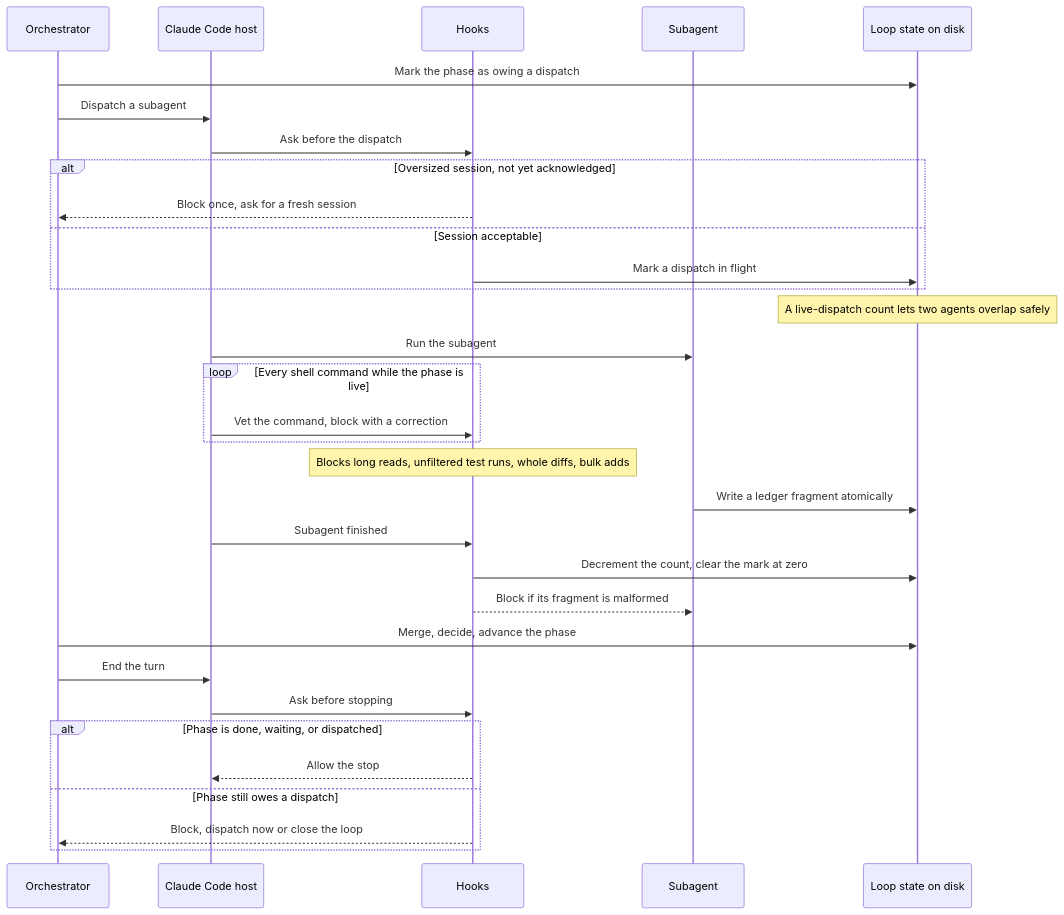
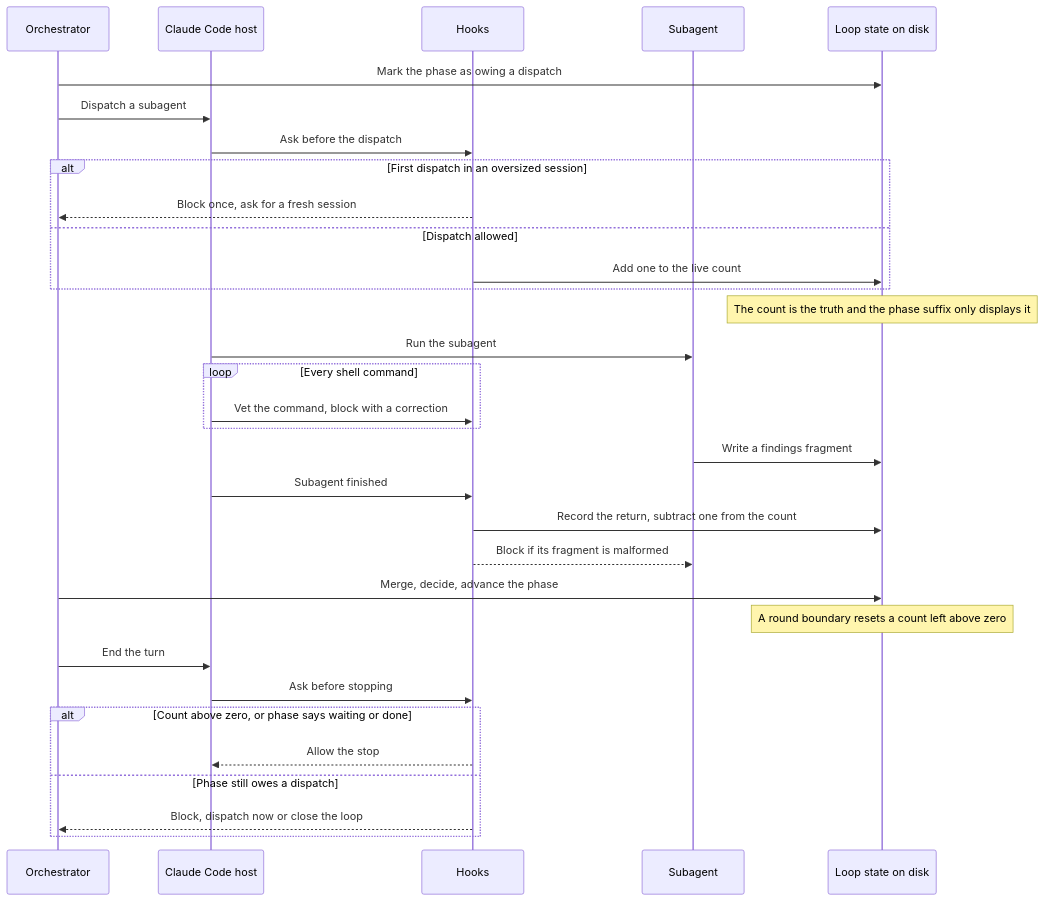
One commit to peterlit/quiller-claude-plugins changed diagram 16 of 18 in docs/architecture/overview.md. Above: the diagram before and after it, drawn with Mermaid. The commit also changed other lines of this file and 5 other files, not shown here.

````diff
--- a/docs/architecture/overview.md
+++ b/docs/architecture/overview.md
@@ -483,35 +1238,35 @@
 ```mermaid
 sequenceDiagram
     participant O as Orchestrator
     participant CC as Claude Code host
     participant HK as Hooks
     participant SA as Subagent
     participant LS as Loop state on disk
 
     O->>LS: Mark the phase as owing a dispatch
     O->>CC: Dispatch a subagent
     CC->>HK: Ask before the dispatch
-    alt Oversized session, not yet acknowledged
+    alt First dispatch in an oversized session
         HK-->>O: Block once, ask for a fresh session
-    else Session acceptable
-        HK->>LS: Mark a dispatch in flight
+    else Dispatch allowed
+        HK->>LS: Add one to the live count
     end
-    Note over LS: A live-dispatch count lets two agents overlap safely
+    Note over LS: The count is the truth and the phase suffix only displays it
     CC->>SA: Run the subagent
-    loop Every shell command while the phase is live
+    loop Every shell command
         CC->>HK: Vet the command, block with a correction
     end
-    Note over HK: Blocks long reads, unfiltered test runs, whole diffs, bulk adds
-    SA->>LS: Write a ledger fragment atomically
+    SA->>LS: Write a findings fragment
     CC->>HK: Subagent finished
-    HK->>LS: Decrement the count, clear the mark at zero
+    HK->>LS: Record the return, subtract one from the count
     HK-->>SA: Block if its fragment is malformed
     O->>LS: Merge, decide, advance the phase
+    Note over LS: A round boundary resets a count left above zero
     O->>CC: End the turn
     CC->>HK: Ask before stopping
-    alt Phase is done, waiting, or dispatched
+    alt Count above zero, or phase says waiting or done
         HK-->>CC: Allow the stop
     else Phase still owes a dispatch
         HK-->>O: Block, dispatch now or close the loop
     end
 ```
````
